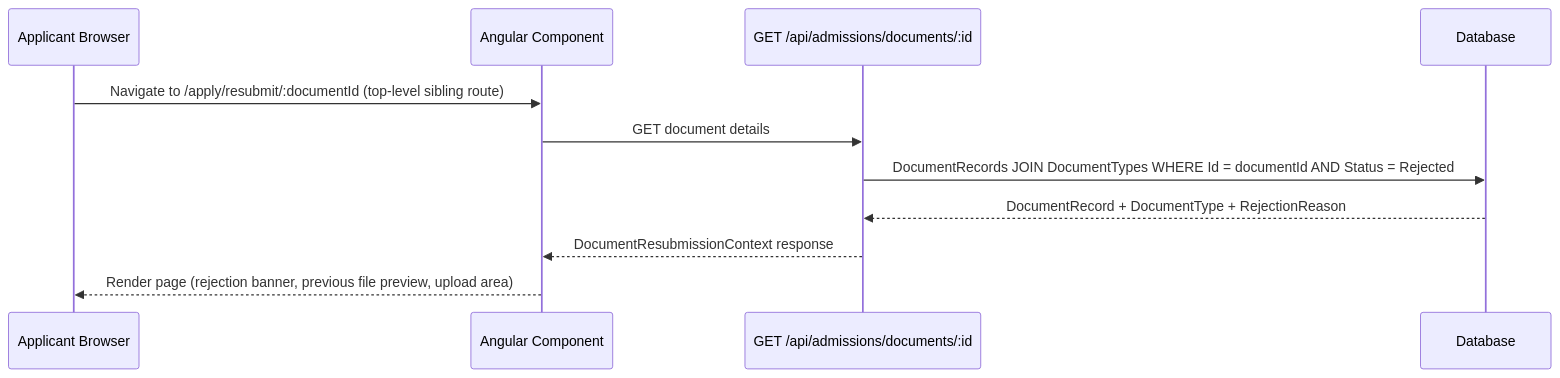
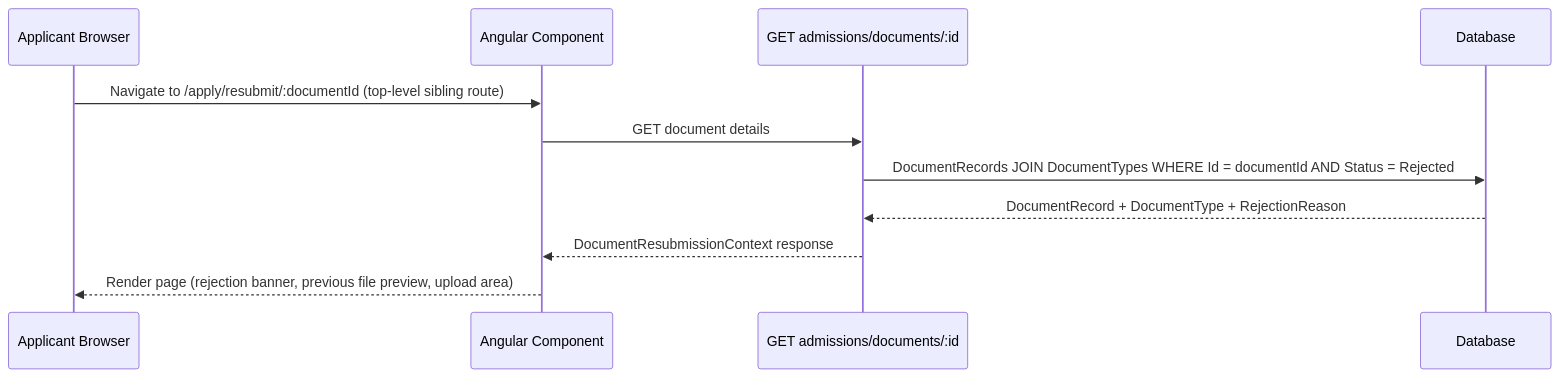
Before and after one commit to standevel/LMSApi: the second of 4 diagrams in .kiro/specs/document-resubmission/design.md, drawn with Mermaid. The commit also changed other lines of this file and 3081 other files, not shown here.

````diff
--- a/.kiro/specs/document-resubmission/design.md
+++ b/.kiro/specs/document-resubmission/design.md
@@ -33,14 +33,14 @@
 ```mermaid
 sequenceDiagram
     participant U as Applicant Browser
     participant A as Angular Component
-    participant API as GET /api/admissions/documents/:id
+    participant API as GET admissions/documents/:id
     participant DB as Database
 
     U->>A: Navigate to /apply/resubmit/:documentId (top-level sibling route)
     A->>API: GET document details
     API->>DB: DocumentRecords JOIN DocumentTypes WHERE Id = documentId AND Status = Rejected
     DB-->>API: DocumentRecord + DocumentType + RejectionReason
     API-->>A: DocumentResubmissionContext response
     A-->>U: Render page (rejection banner, previous file preview, upload area)
 ```
````
